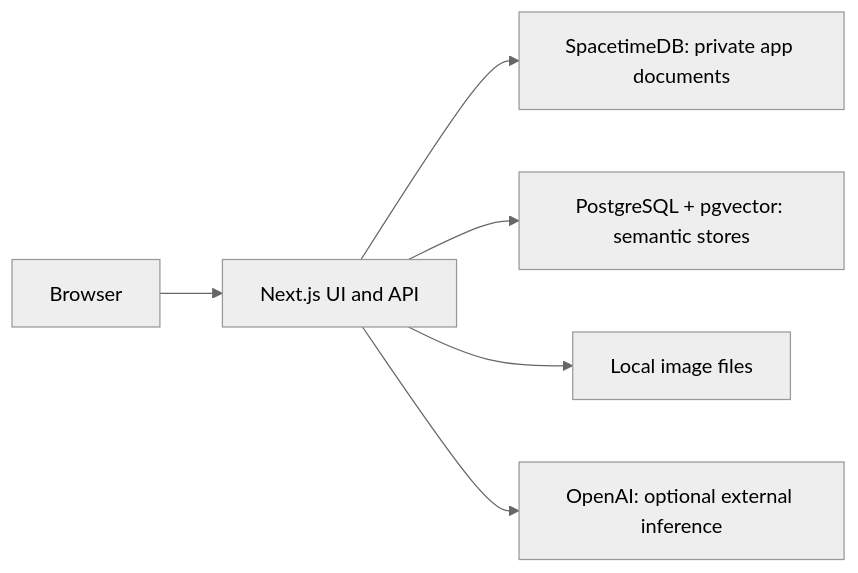
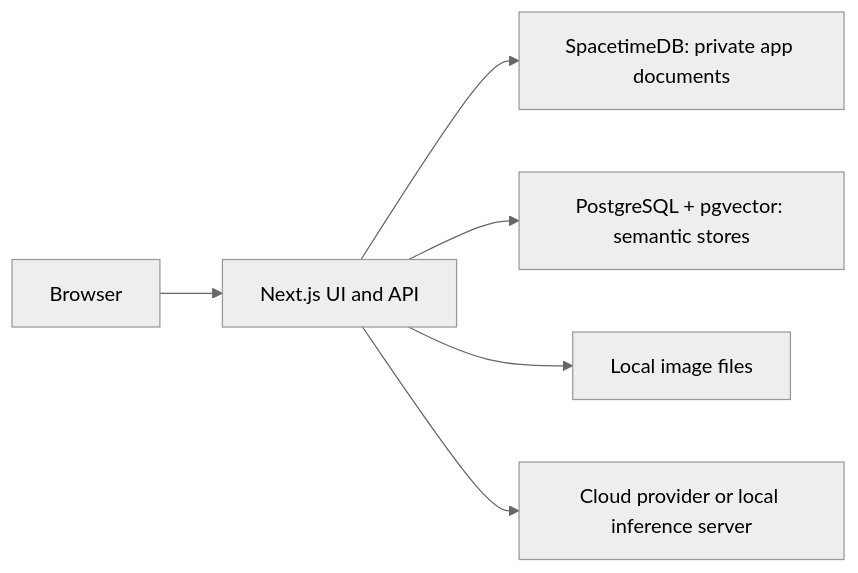
One commit to SeloSlav/agentic-recipe-maker changed the diagram in README.md. Above: the diagram before and after it, drawn with Mermaid (neutral theme). The commit also changed other lines of this file and 35 other files, not shown here.

Commit message:
feat: support native cloud and local AI providers

````diff
--- a/README.md
+++ b/README.md
@@ -34,8 +36,8 @@
 ```mermaid
 flowchart LR
   Browser --> Next[Next.js UI and API]
   Next --> AppData[SpacetimeDB: private app documents]
   Next --> Vectors[PostgreSQL + pgvector: semantic stores]
   Next --> Files[Local image files]
-  Next --> AI[OpenAI: optional external inference]
+  Next --> AI[Cloud provider or local inference server]
 ```
````
